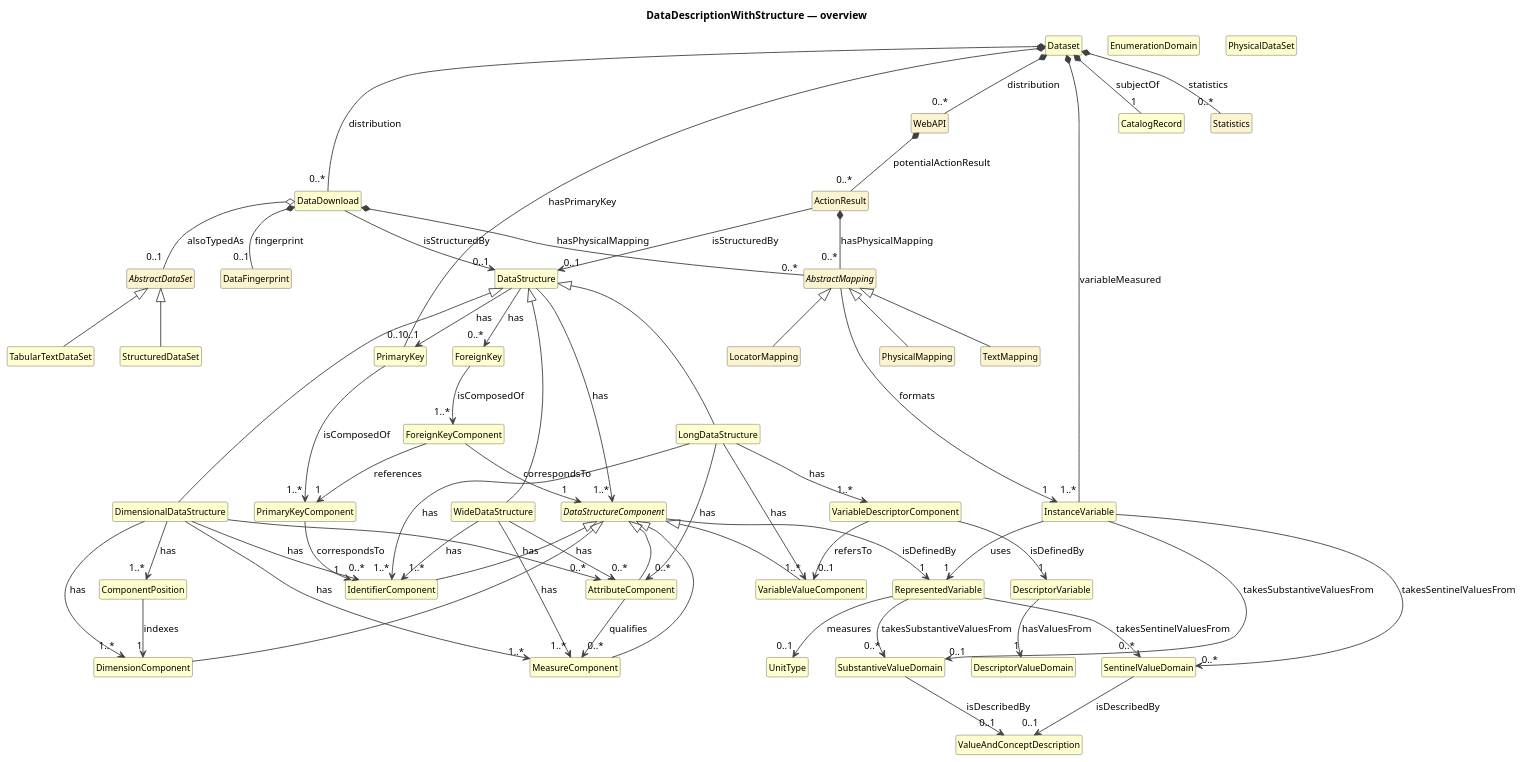
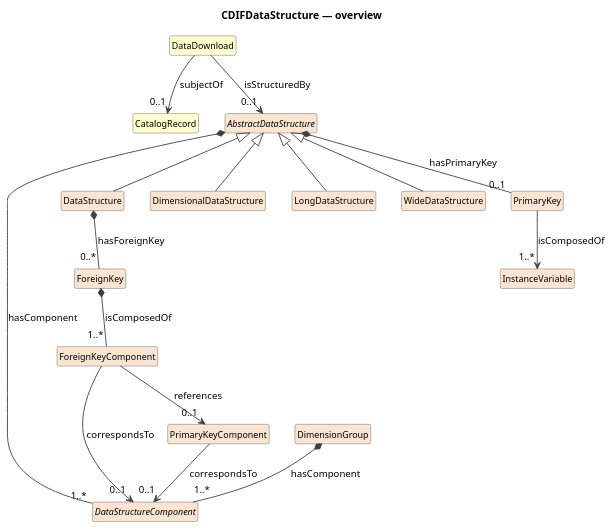
The diagram in cdif-uml-model/_plantuml/cdifDataStructure/index.pu (Cross-Domain-Interoperability-Framework/metadataBuildingBlocks), drawn with PlantUML before and after one commit. The commit also changed 636 other files, not shown here.

First line of the commit message:
cdif-uml-model: regen for cdifDataStructure split (module + composites)

```diff
--- a/cdif-uml-model/_plantuml/cdifDataStructure/index.pu
+++ b/cdif-uml-model/_plantuml/cdifDataStructure/index.pu
@@ -1,115 +1,43 @@
 @startuml
-title DataDescriptionWithStructure — overview
+title CDIFDataStructure — overview
 hide circle
 hide empty members
 skinparam shadowing false
 skinparam ArrowThickness 1.2
 skinparam class {
   ArrowColor #404040
   BorderColor #404040
   FontSize 12
 }
 
-class "DataStructure" as DataStructure #FEFECE
-class "WideDataStructure" as WideDataStructure #FEFECE
-class "LongDataStructure" as LongDataStructure #FEFECE
-class "DimensionalDataStructure" as DimensionalDataStructure #FEFECE
-abstract class "DataStructureComponent" as DataStructureComponent #FEFECE
-class "IdentifierComponent" as IdentifierComponent #FEFECE
-class "MeasureComponent" as MeasureComponent #FEFECE
-class "AttributeComponent" as AttributeComponent #FEFECE
-class "DimensionComponent" as DimensionComponent #FEFECE
-class "VariableValueComponent" as VariableValueComponent #FEFECE
-class "VariableDescriptorComponent" as VariableDescriptorComponent #FEFECE
-class "ComponentPosition" as ComponentPosition #FEFECE
-class "PrimaryKey" as PrimaryKey #FEFECE
-class "PrimaryKeyComponent" as PrimaryKeyComponent #FEFECE
-class "RepresentedVariable" as RepresentedVariable #FEFECE
-class "DescriptorVariable" as DescriptorVariable #FEFECE
-class "InstanceVariable" as InstanceVariable #FEFECE
-class "SubstantiveValueDomain" as SubstantiveValueDomain #FEFECE
-class "SentinelValueDomain" as SentinelValueDomain #FEFECE
-class "DescriptorValueDomain" as DescriptorValueDomain #FEFECE
-class "EnumerationDomain" as EnumerationDomain #FEFECE
-class "ForeignKey" as ForeignKey #FEFECE
-class "ForeignKeyComponent" as ForeignKeyComponent #FEFECE
-class "ValueAndConceptDescription" as ValueAndConceptDescription #FEFECE
-class "UnitType" as UnitType #FEFECE
-class "PhysicalDataSet" as PhysicalDataSet #FEFECE
-class "TabularTextDataSet" as TabularTextDataSet #FEFECE
-class "StructuredDataSet" as StructuredDataSet #FEFECE
-class "Dataset" as Dataset #FEFECE
+class "DataDownload" as DataDownload #FEFECE
 class "CatalogRecord" as CatalogRecord #FEFECE
-class "DataDownload" as DataDownload #FEFECE
-class "WebAPI" as WebAPI #FCF3CF
-class "ActionResult" as ActionResult #FCF3CF
-abstract class "AbstractMapping" as AbstractMapping #FCF3CF
-class "PhysicalMapping" as PhysicalMapping #FCF3CF
-class "TextMapping" as TextMapping #FCF3CF
-class "LocatorMapping" as LocatorMapping #FCF3CF
-abstract class "AbstractDataSet" as AbstractDataSet #FCF3CF
-class "DataFingerprint" as DataFingerprint #FCF3CF
-class "Statistics" as Statistics #FCF3CF
-DataStructure <|-- WideDataStructure
-DataStructure <|-- LongDataStructure
-DataStructure <|-- DimensionalDataStructure
-DataStructureComponent <|-- IdentifierComponent
-DataStructureComponent <|-- MeasureComponent
-DataStructureComponent <|-- AttributeComponent
-DataStructureComponent <|-- DimensionComponent
-DataStructureComponent <|-- VariableValueComponent
-AbstractDataSet <|-- TabularTextDataSet
-AbstractDataSet <|-- StructuredDataSet
-AbstractMapping <|-- PhysicalMapping
-AbstractMapping <|-- TextMapping
-AbstractMapping <|-- LocatorMapping
-DataStructure --> "1..*" DataStructureComponent : has
-DataStructure --> "0..1" PrimaryKey : has
-DataStructure --> "0..*" ForeignKey : has
-WideDataStructure --> "1..*" IdentifierComponent : has
-WideDataStructure --> "1..*" MeasureComponent : has
-WideDataStructure --> "0..*" AttributeComponent : has
-LongDataStructure --> "1..*" IdentifierComponent : has
-LongDataStructure --> "1..*" VariableDescriptorComponent : has
-LongDataStructure --> "1..*" VariableValueComponent : has
-LongDataStructure --> "0..*" AttributeComponent : has
-DimensionalDataStructure --> "0..*" IdentifierComponent : has
-DimensionalDataStructure --> "1..*" DimensionComponent : has
-DimensionalDataStructure --> "1..*" MeasureComponent : has
-DimensionalDataStructure --> "0..*" AttributeComponent : has
-DimensionalDataStructure --> "1..*" ComponentPosition : has
-DataStructureComponent --> "1" RepresentedVariable : isDefinedBy
-AttributeComponent --> "0..*" MeasureComponent : qualifies
-VariableDescriptorComponent --> "1" DescriptorVariable : isDefinedBy
-VariableDescriptorComponent --> "0..1" VariableValueComponent : refersTo
-ComponentPosition --> "1" DimensionComponent : indexes
-PrimaryKey --> "1..*" PrimaryKeyComponent : isComposedOf
-PrimaryKeyComponent --> "1" IdentifierComponent : correspondsTo
-RepresentedVariable --> "0..*" SubstantiveValueDomain : takesSubstantiveValuesFrom
-RepresentedVariable --> "0..*" SentinelValueDomain : takesSentinelValuesFrom
-RepresentedVariable --> "0..1" UnitType : measures
-DescriptorVariable --> "1" DescriptorValueDomain : hasValuesFrom
-InstanceVariable --> "1" RepresentedVariable : uses
-InstanceVariable --> "0..1" SubstantiveValueDomain : takesSubstantiveValuesFrom
-InstanceVariable --> "0..*" SentinelValueDomain : takesSentinelValuesFrom
-SubstantiveValueDomain --> "0..1" ValueAndConceptDescription : isDescribedBy
-SentinelValueDomain --> "0..1" ValueAndConceptDescription : isDescribedBy
-ForeignKey --> "1..*" ForeignKeyComponent : isComposedOf
-ForeignKeyComponent --> "1" DataStructureComponent : correspondsTo
-ForeignKeyComponent --> "1" PrimaryKeyComponent : references
-Dataset *-- "1" CatalogRecord : subjectOf
-Dataset *-- "1..*" InstanceVariable : variableMeasured
-Dataset *-- "0..1" PrimaryKey : hasPrimaryKey
-Dataset *-- "0..*" Statistics : statistics
-Dataset *-- "0..*" DataDownload : distribution
-Dataset *-- "0..*" WebAPI : distribution
-DataDownload --> "0..1" DataStructure : isStructuredBy
-DataDownload *-- "0..*" AbstractMapping : hasPhysicalMapping
-DataDownload o-- "0..1" AbstractDataSet : alsoTypedAs
-DataDownload *-- "0..1" DataFingerprint : fingerprint
-WebAPI *-- "0..*" ActionResult : potentialActionResult
-ActionResult --> "0..1" DataStructure : isStructuredBy
-ActionResult *-- "0..*" AbstractMapping : hasPhysicalMapping
-AbstractMapping --> "1" InstanceVariable : formats
+abstract class "DataStructureComponent" as DataStructureComponent #FAE5D3
+class "InstanceVariable" as InstanceVariable #FAE5D3
+abstract class "AbstractDataStructure" as AbstractDataStructure #FAE5D3
+class "DataStructure" as DataStructure #FAE5D3
+class "DimensionalDataStructure" as DimensionalDataStructure #FAE5D3
+class "LongDataStructure" as LongDataStructure #FAE5D3
+class "WideDataStructure" as WideDataStructure #FAE5D3
+class "DimensionGroup" as DimensionGroup #FAE5D3
+class "PrimaryKey" as PrimaryKey #FAE5D3
+class "PrimaryKeyComponent" as PrimaryKeyComponent #FAE5D3
+class "ForeignKey" as ForeignKey #FAE5D3
+class "ForeignKeyComponent" as ForeignKeyComponent #FAE5D3
+AbstractDataStructure <|-- DataStructure
+AbstractDataStructure <|-- DimensionalDataStructure
+AbstractDataStructure <|-- LongDataStructure
+AbstractDataStructure <|-- WideDataStructure
+DataDownload --> "0..1" CatalogRecord : subjectOf
+DataDownload --> "0..1" AbstractDataStructure : isStructuredBy
+AbstractDataStructure *-- "1..*" DataStructureComponent : hasComponent
+AbstractDataStructure *-- "0..1" PrimaryKey : hasPrimaryKey
+DataStructure *-- "0..*" ForeignKey : hasForeignKey
+DimensionGroup *-- "1..*" DataStructureComponent : hasComponent
+PrimaryKey --> "1..*" InstanceVariable : isComposedOf
+PrimaryKeyComponent --> "0..1" DataStructureComponent : correspondsTo
+ForeignKey *-- "1..*" ForeignKeyComponent : isComposedOf
+ForeignKeyComponent --> "0..1" PrimaryKeyComponent : references
+ForeignKeyComponent --> "0..1" DataStructureComponent : correspondsTo
 
 @enduml
```
